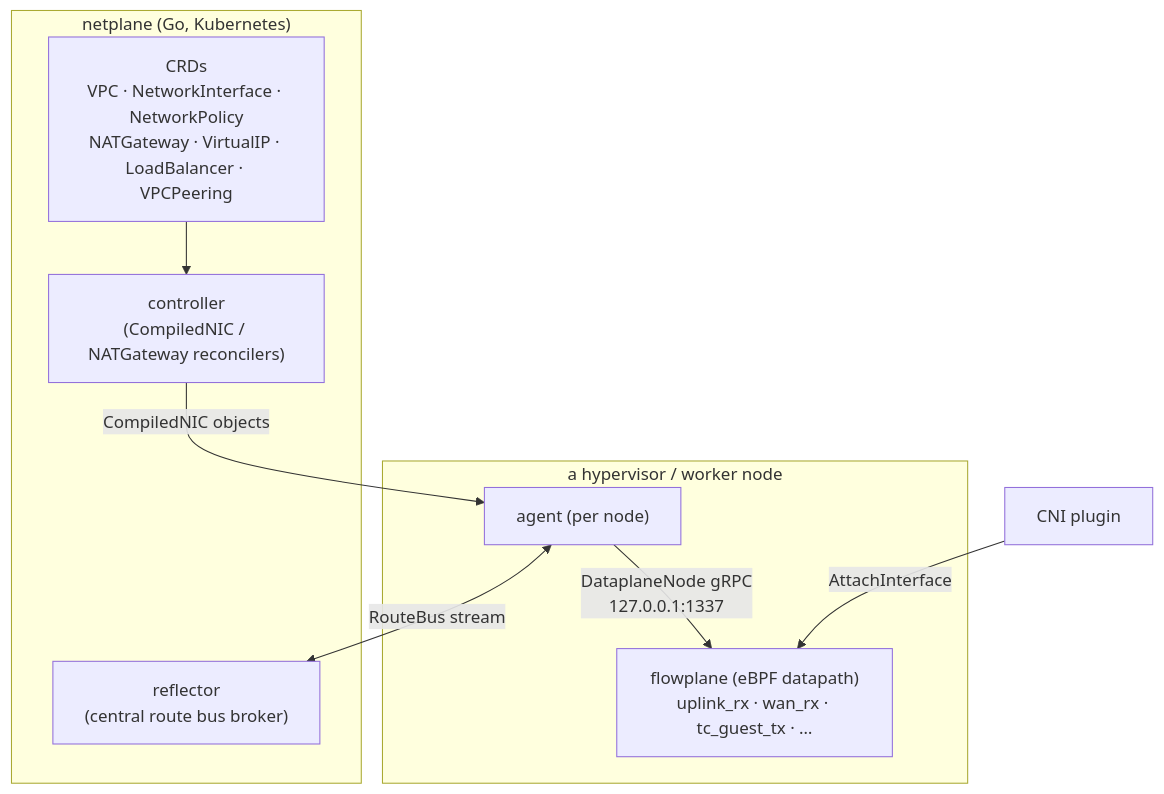
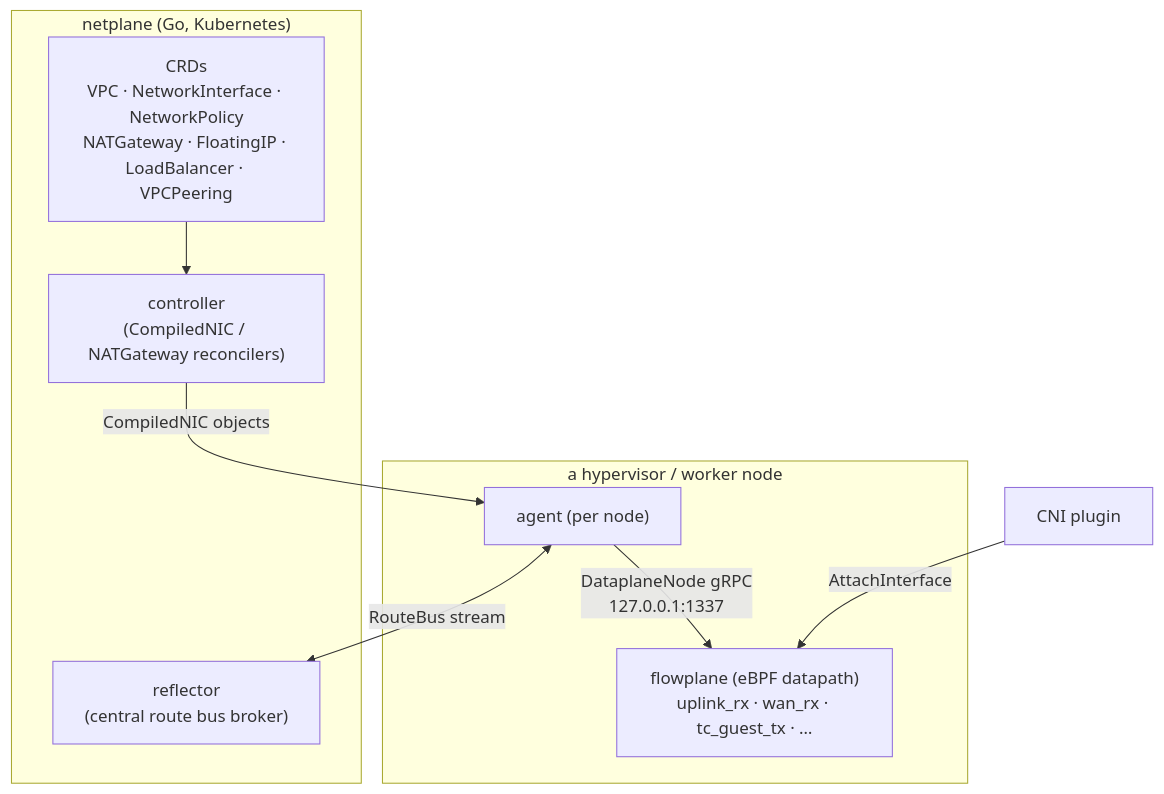
Before and after one commit to trevex/ectobase: the diagram in docs/src/architecture/overview.md, drawn with Mermaid. The commit also changed 11 other files, not shown here.

Commit message:
refactor(api): rename VirtualIP CRD to FloatingIP (shortName fip)

````diff
--- a/docs/src/architecture/overview.md
+++ b/docs/src/architecture/overview.md
@@ -21,17 +21,17 @@
 ```mermaid
 flowchart TB
     subgraph cp["netplane (Go, Kubernetes)"]
-        crds["CRDs<br/>VPC · NetworkInterface · NetworkPolicy<br/>NATGateway · VirtualIP · LoadBalancer · VPCPeering"]
+        crds["CRDs<br/>VPC · NetworkInterface · NetworkPolicy<br/>NATGateway · FloatingIP · LoadBalancer · VPCPeering"]
         controller["controller<br/>(CompiledNIC / NATGateway reconcilers)"]
         reflector["reflector<br/>(central route bus broker)"]
         crds --> controller
     end
     subgraph node["a hypervisor / worker node"]
         agent["agent (per node)"]
         fp["flowplane (eBPF datapath)<br/>uplink_rx · wan_rx · tc_guest_tx · …"]
         agent -->|DataplaneNode gRPC<br/>127.0.0.1:1337| fp
     end
     controller -->|CompiledNIC objects| agent
     agent <-->|RouteBus stream| reflector
     cni["CNI plugin"] -->|AttachInterface| fp
 ```
````
